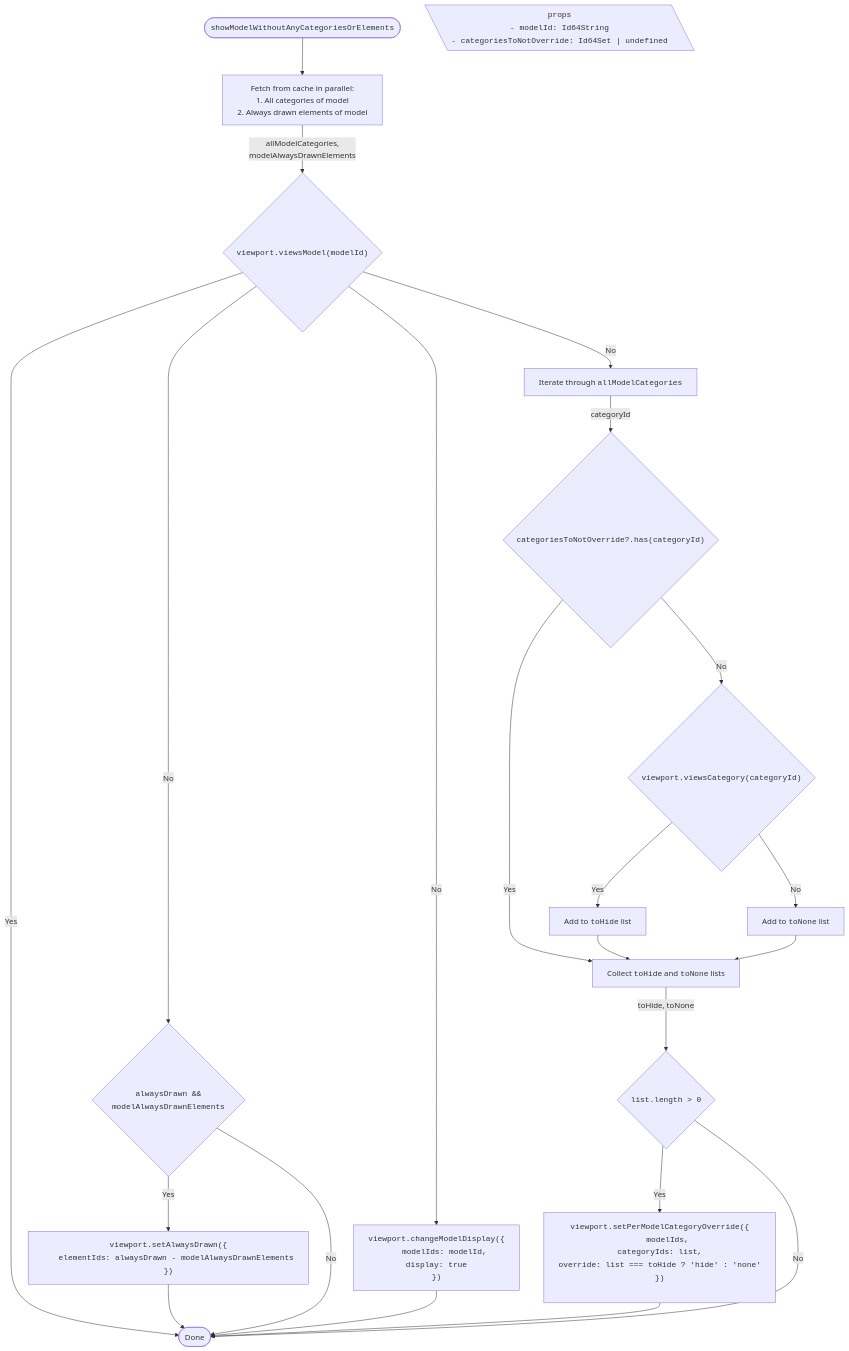
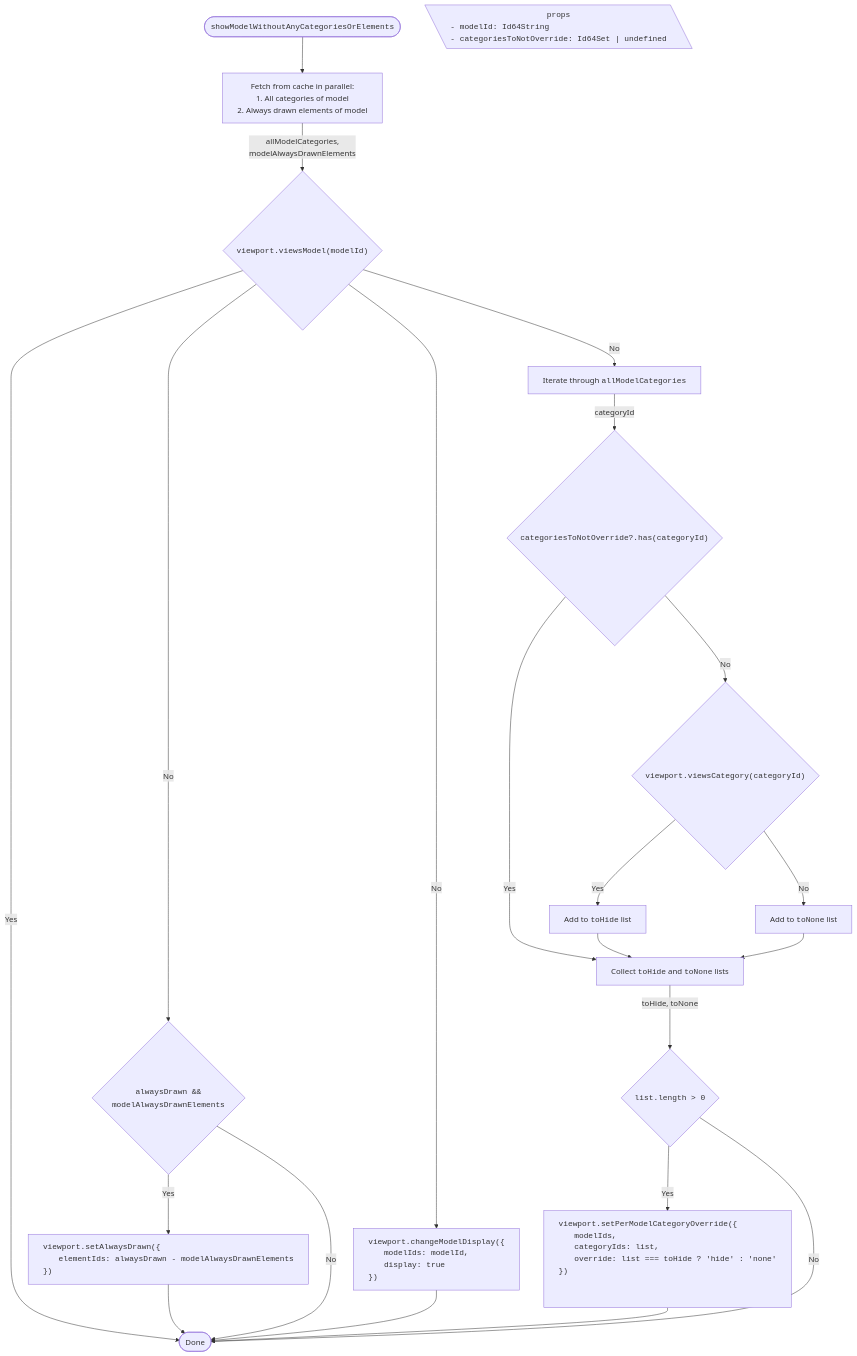
Before and after one commit to iTwin/viewer-components-react: diagram 12 of 14 in packages/itwin/tree-widget/docs/SharedVisibilityHandling.md, drawn with Mermaid. The commit also changed other lines of this file and 3 other files, not shown here.

````diff
--- a/packages/itwin/tree-widget/docs/SharedVisibilityHandling.md
+++ b/packages/itwin/tree-widget/docs/SharedVisibilityHandling.md
@@ -772,60 +772,60 @@
 ```mermaid
 ---
 config:
   flowchart:
     wrappingWidth: 750
     useMaxWidth: false
 ---
 
 flowchart TD
   RESULT_Done([Done])
 
   %% Start
   TITLE(["<code>showModelWithoutAnyCategoriesOrElements</code>"]) --> A["Fetch from cache in parallel:<br/>1. All categories of model<br/>2. Always drawn elements of model"]
 
   PROPS[\"
     <code>props</code>
-    <code style='text-align: left;'>- modelId: Id64String<br/> - categoriesToNotOverride: Id64Set | undefined</code>
+    <code style='display: block; text-align: left;'>- modelId: Id64String<br/> - categoriesToNotOverride: Id64Set | undefined</code>
   "\]
 
   A -- "allModelCategories,<br/>modelAlwaysDrawnElements" --> B{"<code>viewport.viewsModel(modelId)</code>"}
 
   %% Early return
   B -- Yes --> RESULT_Done
 
   %% Main flow
   B -- No --> C{"<code>alwaysDrawn &&  <br/> modelAlwaysDrawnElements </code>"}
-  C -- Yes --> C1["<code style='text-align: left;'>viewport.setAlwaysDrawn({
+  C -- Yes --> C1["<code style='display: block; text-align: left;'>viewport.setAlwaysDrawn({
     <code style='padding-left: 2rem'>elementIds: alwaysDrawn - modelAlwaysDrawnElements</code>
   })</code>"]
   C -- No --> RESULT_Done
-  B -- No -->  D["<code style='text-align: left;'>viewport.changeModelDisplay({
-    <code style='padding-left: 2rem'>modelIds: modelId,
-    display: true</code>
+  B -- No -->  D["<code style='display: block; text-align: left;'>viewport.changeModelDisplay({
+    <code style='padding-left: 2rem'>modelIds: modelId,</code>
+    <code style='padding-left: 2rem'>display: true</code>
   })</code>"]
 
   B -- No --> E["Iterate through <code>allModelCategories</code>"]
   E -- categoryId --> G{"<code>categoriesToNotOverride?.has(categoryId)</code>"}
 
   G -- Yes --> K["Collect <code>toHide</code> and <code>toNone</code> lists"]
   G -- No --> H{"<code>viewport.viewsCategory(categoryId)</code>"}
 
   H -- Yes --> I1["Add to <code>toHide</code> list"]
   H -- No --> I2["Add to <code>toNone</code> list"]
 
   I1 --> K
   I2 --> K
   K -- toHide, toNone --> J{"<code>list.length > 0 </code>"}
-  J -- Yes --> J1["<code style='text-align: left'>viewport.setPerModelCategoryOverride({
-  <code style='padding-left: 2rem'>modelIds,
-  categoryIds: list,
-  override: list === toHide ? 'hide' : 'none'</code>
+  J -- Yes --> J1["<code style='display: block; text-align: left;'>viewport.setPerModelCategoryOverride({
+  <code style='padding-left: 2rem'>modelIds,</code>
+  <code style='padding-left: 2rem'>categoryIds: list,</code>
+  <code style='padding-left: 2rem'>override: list === toHide ? 'hide' : 'none'</code>
   })</code>
   <br/>
   "]
   J -- No --> RESULT_Done
 
   C1 --> RESULT_Done
   D --> RESULT_Done
   J1 --> RESULT_Done
 ```
````
